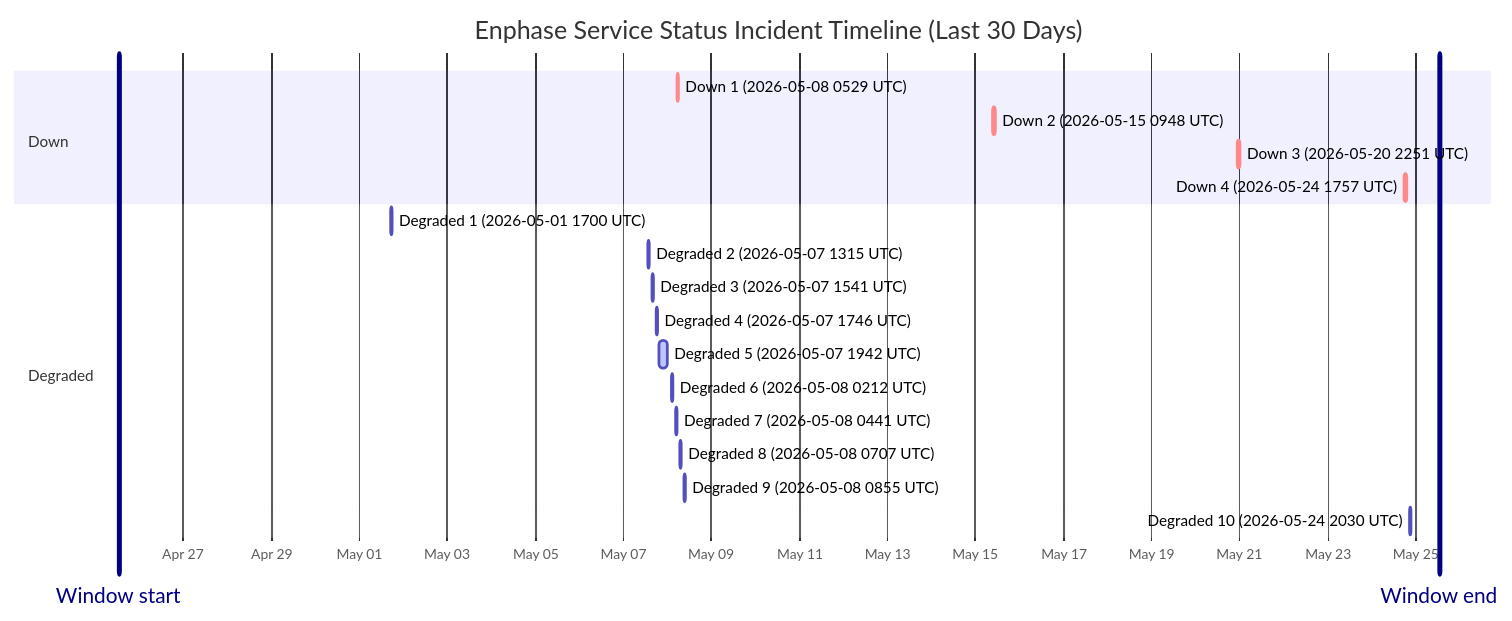
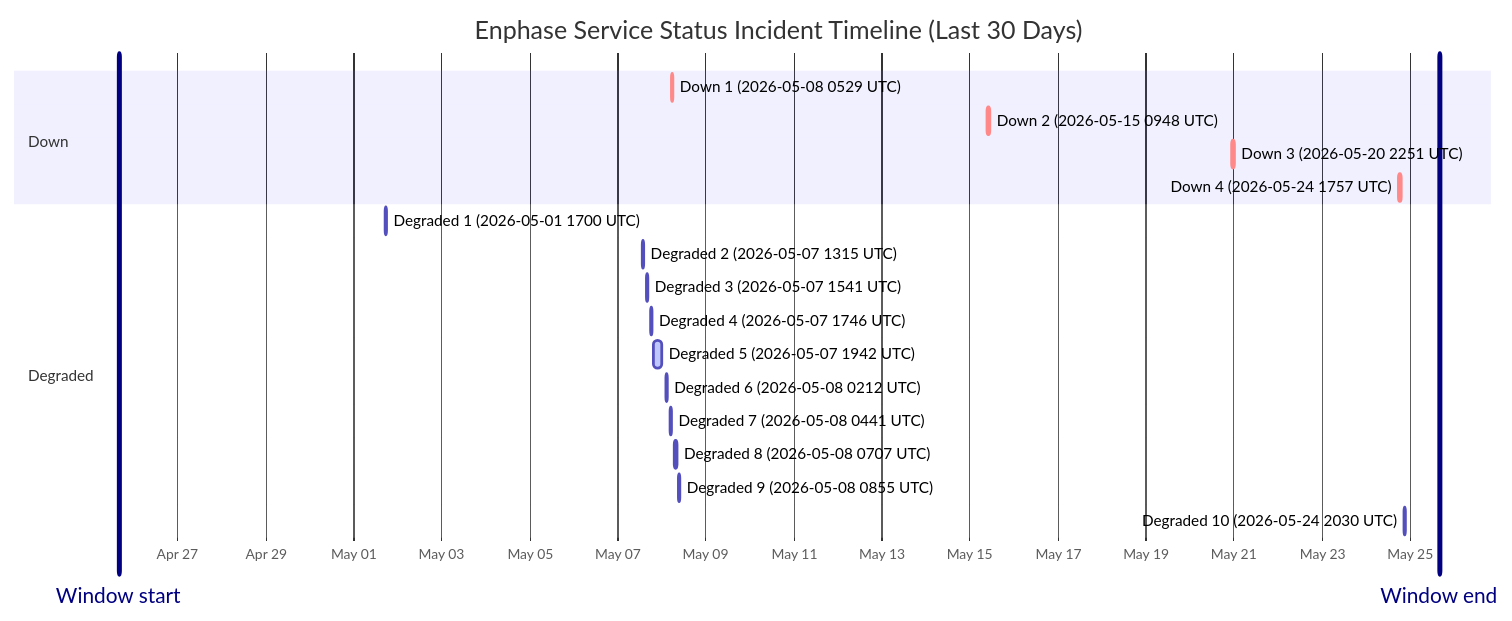
One commit to barneyonline/ha-enphase-ev-charger changed the diagram in wiki/Service-Status-History.md. Above: the diagram before and after it, drawn with Mermaid. The commit also changed other lines of this file and 3 other files, not shown here.

````diff
--- a/wiki/Service-Status-History.md
+++ b/wiki/Service-Status-History.md
@@ -14,24 +14,24 @@
 ```mermaid
 gantt
     title Enphase Service Status Incident Timeline (Last 30 Days)
     dateFormat  YYYY-MM-DDTHH:mm:ss
     axisFormat  %b %d
-    Window start :vert, window-start, 2026-04-25T12:48:09, 0ms
-    Window end :vert, window-end, 2026-05-25T12:48:09, 0ms
+    Window start :vert, window-start, 2026-04-25T15:49:19, 0ms
+    Window end :vert, window-end, 2026-05-25T15:49:19, 0ms
     section Down
     Down 1 (2026-05-08 0529 UTC) :crit, down-1, 2026-05-08T05:29:47, 60m
     Down 2 (2026-05-15 0948 UTC) :crit, down-2, 2026-05-15T09:48:18, 60m
     Down 3 (2026-05-20 2251 UTC) :crit, down-3, 2026-05-20T22:51:14, 75m
     Down 4 (2026-05-24 1757 UTC) :crit, down-4, 2026-05-24T17:57:41, 86m
     section Degraded
     Degraded 1 (2026-05-01 1700 UTC) :active, degraded-1, 2026-05-01T17:00:22, 60m
     Degraded 2 (2026-05-07 1315 UTC) :active, degraded-2, 2026-05-07T13:15:25, 60m
     Degraded 3 (2026-05-07 1541 UTC) :active, degraded-3, 2026-05-07T15:41:58, 60m
     Degraded 4 (2026-05-07 1746 UTC) :active, degraded-4, 2026-05-07T17:46:51, 60m
     Degraded 5 (2026-05-07 1942 UTC) :active, degraded-5, 2026-05-07T19:42:10, 249m
     Degraded 6 (2026-05-08 0212 UTC) :active, degraded-6, 2026-05-08T02:12:39, 60m
     Degraded 7 (2026-05-08 0441 UTC) :active, degraded-7, 2026-05-08T04:41:46, 60m
     Degraded 8 (2026-05-08 0707 UTC) :active, degraded-8, 2026-05-08T07:07:30, 60m
     Degraded 9 (2026-05-08 0855 UTC) :active, degraded-9, 2026-05-08T08:55:20, 88m
     Degraded 10 (2026-05-24 2030 UTC) :active, degraded-10, 2026-05-24T20:30:57, 84m
 ```
````
